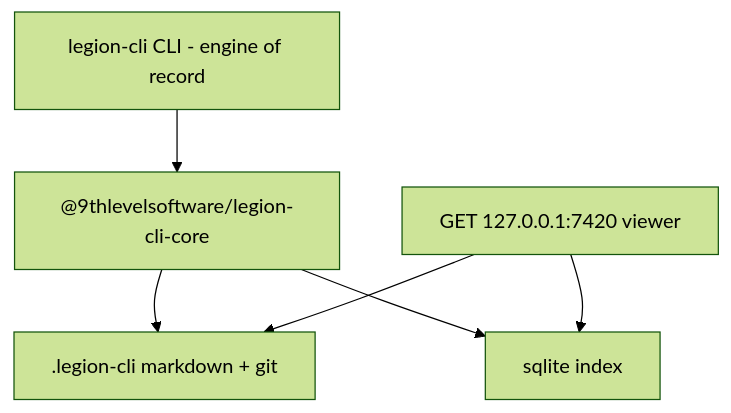
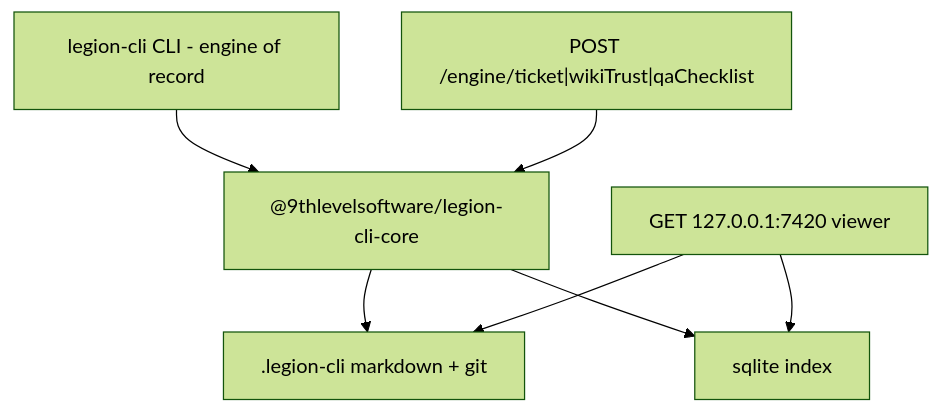
The fourth of 6 diagrams in docs/design/product-engineering-cli.md (9thLevelSoftware/legion-cli), drawn with Mermaid (forest theme) before and after one commit. The commit also changed other lines of this file and 4 other files, not shown here.

````diff
--- a/docs/design/product-engineering-cli.md
+++ b/docs/design/product-engineering-cli.md
@@ -901,8 +927,9 @@
 ```mermaid
 flowchart TB
     CLI["legion-cli CLI - engine of record"] --> CORE["@9thlevelsoftware/legion-cli-core"]
     CORE --> MD[".legion-cli markdown + git"]
     CORE --> DB["sqlite index"]
     HTTP["GET 127.0.0.1:7420 viewer"] --> MD
     HTTP --> DB
+    POST["POST /engine/ticket|wikiTrust|qaChecklist"] --> CORE
 ```
````
